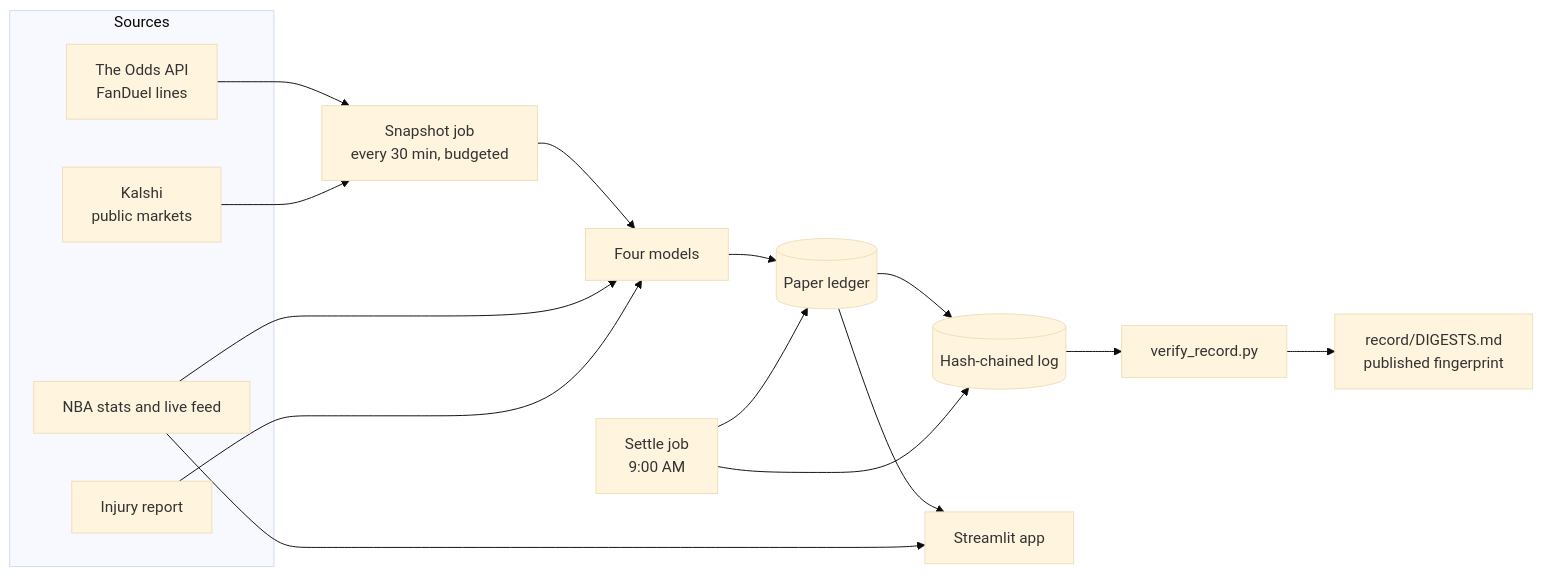
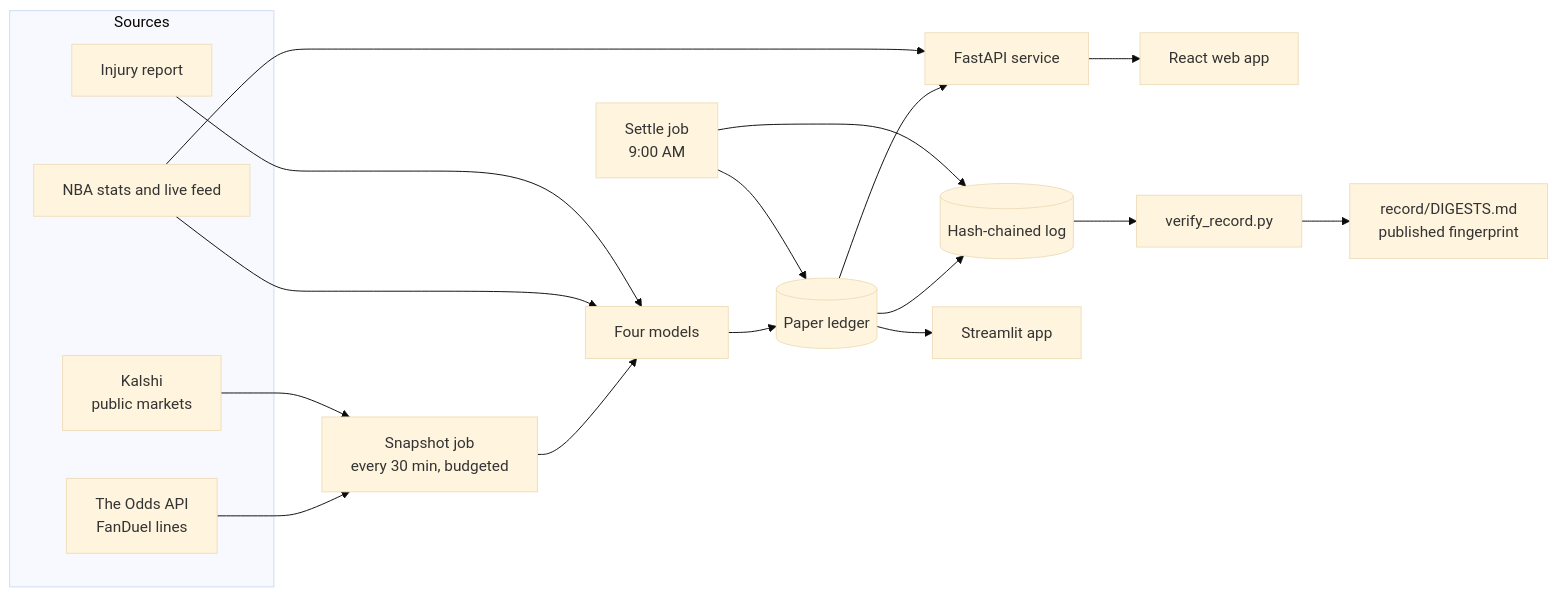
One commit to scottdmorris/edgefinder changed the diagram in README.md. Above: the diagram before and after it, drawn with Mermaid (base theme). The commit also changed other lines of this file and 47 other files, not shown here.

First line of the commit message:
feat: web app (FastAPI + React) with Live, Players, Picks and Record

````diff
--- a/README.md
+++ b/README.md
@@ -59,21 +63,23 @@
 ```mermaid
 flowchart LR
     subgraph Sources
         OA[The Odds API<br>FanDuel lines]
         KA[Kalshi<br>public markets]
         NB[NBA stats and live feed]
         EI[Injury report]
     end
     SN[Snapshot job<br>every 30 min, budgeted] --> M[Four models]
     OA --> SN
     KA --> SN
     NB --> M
     EI --> M
     M --> L[(Paper ledger)]
     L --> C[(Hash-chained log)]
     ST[Settle job<br>9:00 AM] --> L
     ST --> C
+    L --> API[FastAPI service]
+    NB --> API
+    API --> WEB[React web app]
     L --> APP[Streamlit app]
-    NB --> APP
     C --> V[verify_record.py] --> D[record/DIGESTS.md<br>published fingerprint]
 ```
````
